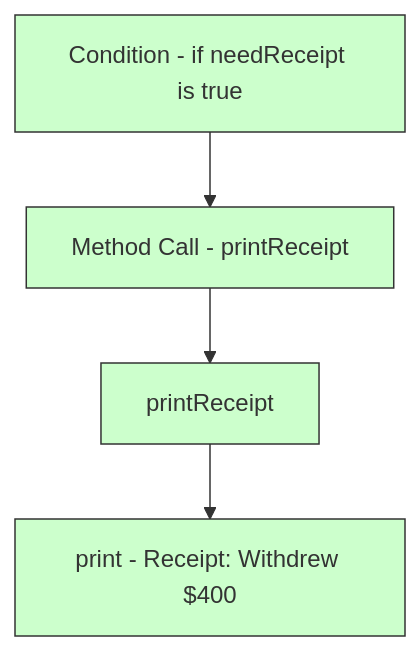
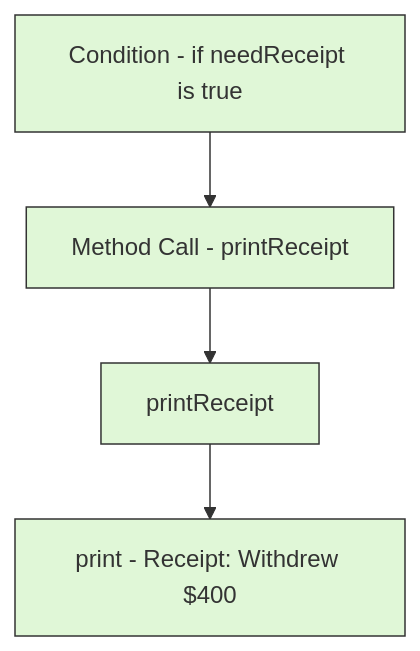
One commit to oppia/oppia-android changed the fifth of 7 diagrams in wiki/Writing-tests-with-good-behavioural-coverage.md. Above: the diagram before and after it, drawn with Mermaid. The commit also changed other lines of this file, not shown here.

Commit message:
Common color codes for all graph illustrations

````diff
--- a/wiki/Writing-tests-with-good-behavioural-coverage.md
+++ b/wiki/Writing-tests-with-good-behavioural-coverage.md
@@ -1420,11 +1420,11 @@
 ```mermaid
 graph TD
     D[Condition - if needReceipt is true] --> E[Method Call - printReceipt]
     E --> F[printReceipt]
     F --> G[print - Receipt: Withdrew $400]
 
-    style D fill:#cfc,stroke:#333,stroke-width:1px
-    style E fill:#cfc,stroke:#333,stroke-width:1px
-    style F fill:#cfc,stroke:#333,stroke-width:1px
-    style G fill:#cfc,stroke:#333,stroke-width:1px
+    style D fill:#e0f7d7,stroke:#333,stroke-width:1px
+    style E fill:#e0f7d7,stroke:#333,stroke-width:1px
+    style F fill:#e0f7d7,stroke:#333,stroke-width:1px
+    style G fill:#e0f7d7,stroke:#333,stroke-width:1px
 ```
````
